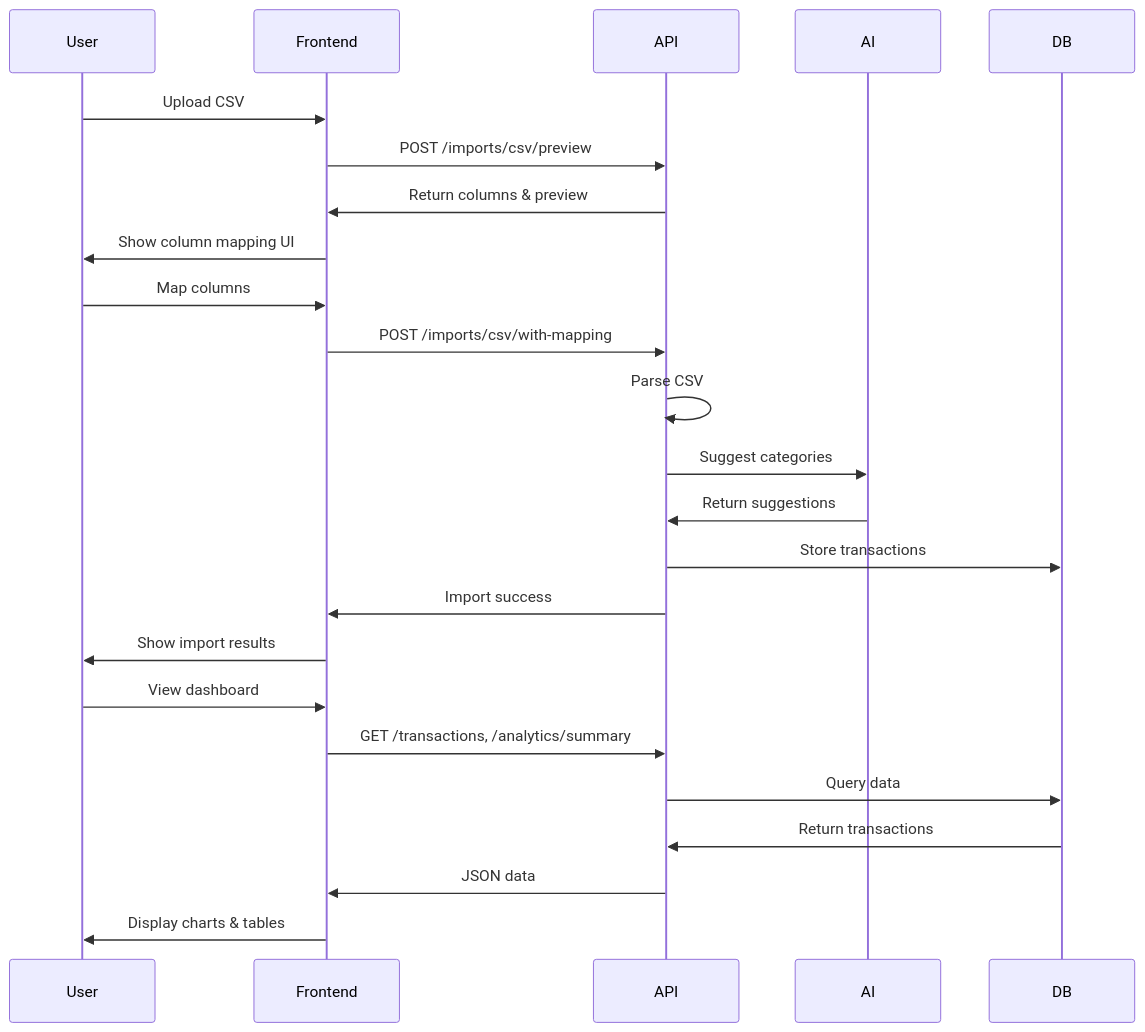
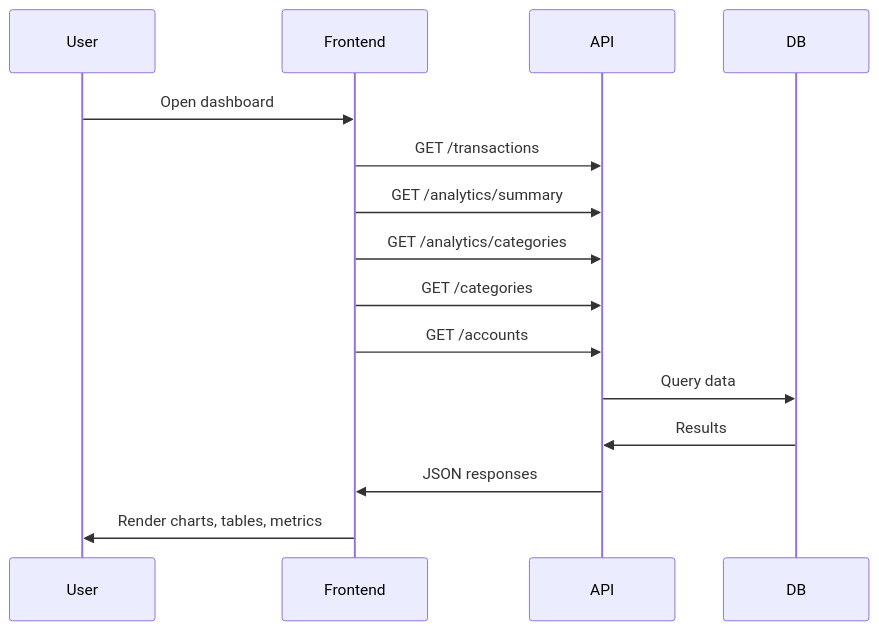
The fifth of 7 diagrams in docs/architecture.md (annovi/spending-tracker), drawn with Mermaid before and after one commit. The commit also changed other lines of this file and 72 other files, not shown here.

````diff
--- a/docs/architecture.md
+++ b/docs/architecture.md
@@ -111,28 +242,18 @@
 ```mermaid
 sequenceDiagram
     participant User
     participant Frontend
     participant API
-    participant AI
     participant DB
-    
-    User->>Frontend: Upload CSV
-    Frontend->>API: POST /imports/csv/preview
-    API->>Frontend: Return columns & preview
-    Frontend->>User: Show column mapping UI
-    User->>Frontend: Map columns
-    Frontend->>API: POST /imports/csv/with-mapping
-    API->>API: Parse CSV
-    API->>AI: Suggest categories
-    AI->>API: Return suggestions
-    API->>DB: Store transactions
-    API->>Frontend: Import success
-    Frontend->>User: Show import results
-    
-    User->>Frontend: View dashboard
-    Frontend->>API: GET /transactions, /analytics/summary
+
+    User->>Frontend: Open dashboard
+    Frontend->>API: GET /transactions
+    Frontend->>API: GET /analytics/summary
+    Frontend->>API: GET /analytics/categories
+    Frontend->>API: GET /categories
+    Frontend->>API: GET /accounts
     API->>DB: Query data
-    DB->>API: Return transactions
-    API->>Frontend: JSON data
-    Frontend->>User: Display charts & tables
+    DB->>API: Results
+    API->>Frontend: JSON responses
+    Frontend->>User: Render charts, tables, metrics
 ```
````
